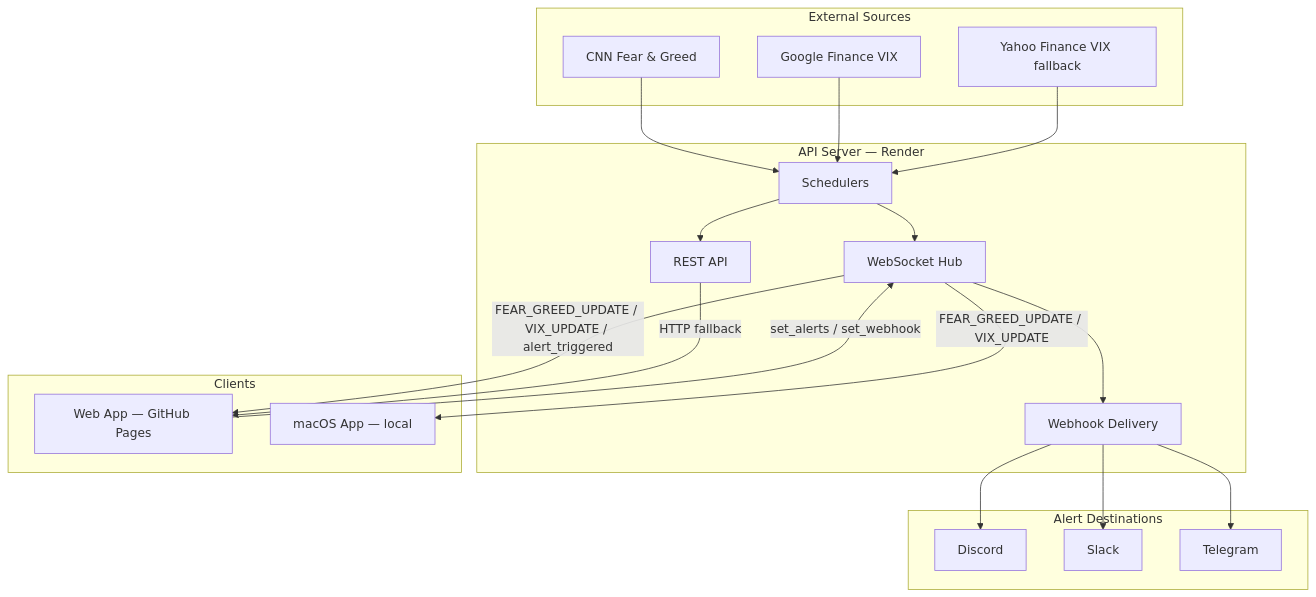
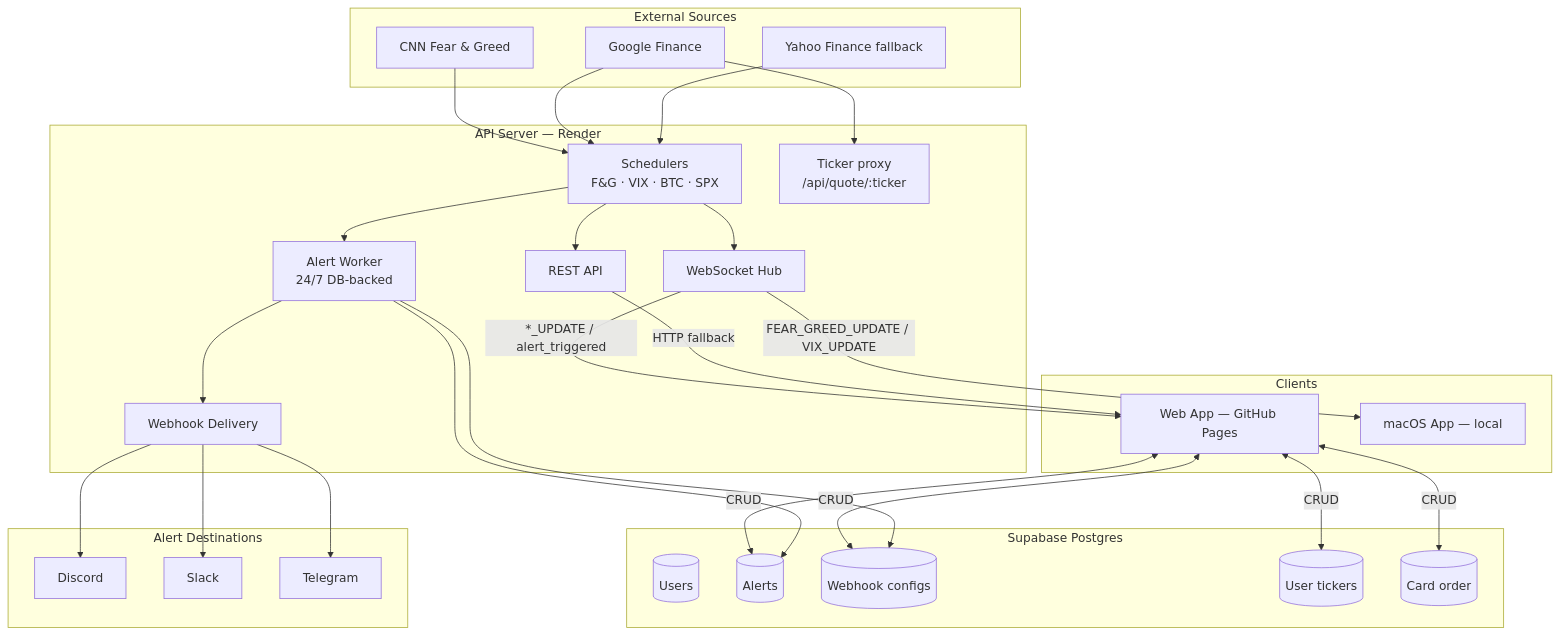
The diagram in README.md (itswcl/fg-index), drawn with Mermaid before and after one commit. The commit also changed other lines of this file, not shown here.

First line of the commit message:
docs: refresh README to reflect current feature set

````diff
--- a/README.md
+++ b/README.md
@@ -39,40 +61,57 @@
 ```mermaid
 graph TD
     subgraph Sources["External Sources"]
         CNN[CNN Fear & Greed]
-        GOOG[Google Finance VIX]
-        YHOO[Yahoo Finance VIX fallback]
+        GOOG[Google Finance]
+        YHOO[Yahoo Finance fallback]
     end
 
     subgraph Backend["API Server — Render"]
-        SCHED[Schedulers]
+        SCHED[Schedulers<br/>F&G · VIX · BTC · SPX]
+        PROXY[Ticker proxy<br/>/api/quote/:ticker]
         API[REST API]
         WS[WebSocket Hub]
+        WORKER[Alert Worker<br/>24/7 DB-backed]
         WEBHOOK[Webhook Delivery]
+    end
+
+    subgraph DB["Supabase Postgres"]
+        USERS[(Users)]
+        ALERTS[(Alerts)]
+        WEBHOOKS[(Webhook configs)]
+        TICKERS[(User tickers)]
+        PREFS[(Card order)]
     end
 
     subgraph Clients
         WEB[Web App — GitHub Pages]
         MACOS[macOS App — local]
     end
 
     subgraph Destinations["Alert Destinations"]
         DISCORD[Discord]
         SLACK[Slack]
         TG[Telegram]
     end
 
     CNN --> SCHED
     GOOG --> SCHED
     YHOO --> SCHED
+    GOOG --> PROXY
     SCHED --> WS
     SCHED --> API
-    WS -->|FEAR_GREED_UPDATE / VIX_UPDATE / alert_triggered| WEB
-    WS -->|FEAR_GREED_UPDATE / VIX_UPDATE| MACOS
+    SCHED --> WORKER
+    WS -->|"*_UPDATE / alert_triggered"| WEB
+    WS -->|"FEAR_GREED_UPDATE / VIX_UPDATE"| MACOS
     API -->|HTTP fallback| WEB
-    WEB -->|set_alerts / set_webhook| WS
-    WS --> WEBHOOK
+    WEB <-->|CRUD| ALERTS
+    WEB <-->|CRUD| WEBHOOKS
+    WEB <-->|CRUD| TICKERS
+    WEB <-->|CRUD| PREFS
+    WORKER --> ALERTS
+    WORKER --> WEBHOOKS
+    WORKER --> WEBHOOK
     WEBHOOK --> DISCORD
     WEBHOOK --> SLACK
     WEBHOOK --> TG
 ```
````
